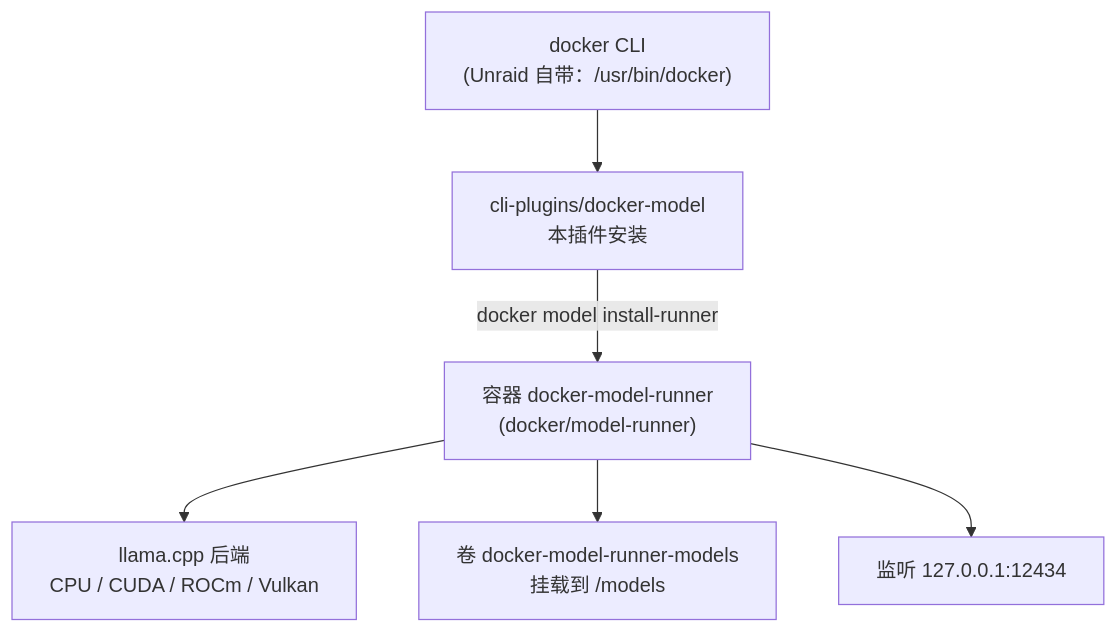
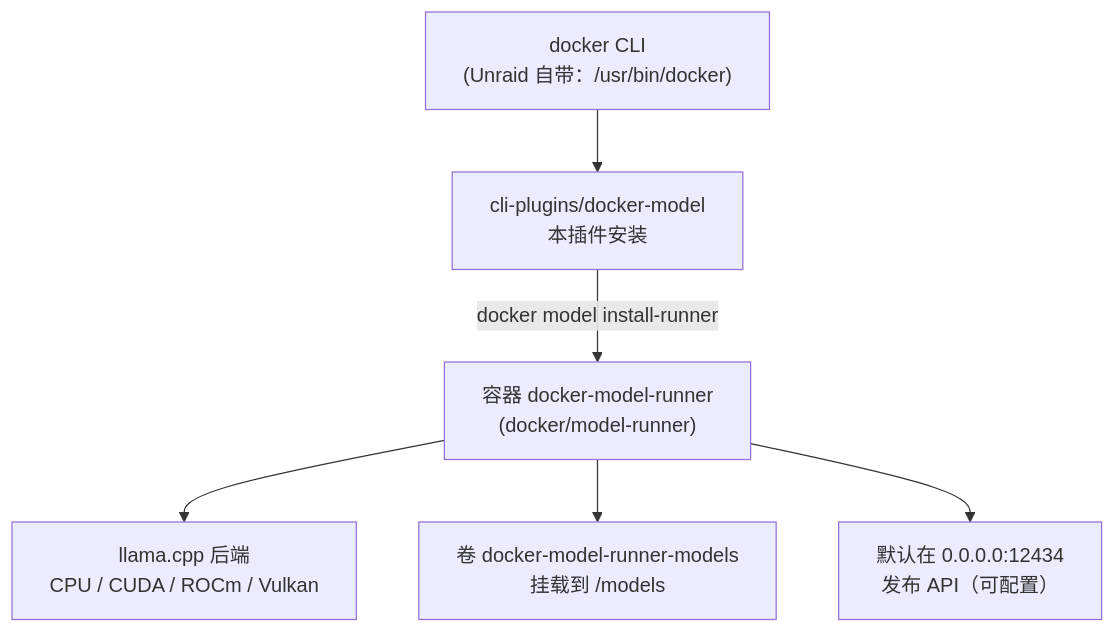
One commit to zhz8888/unraid-plugin-docker-model changed the first of 2 diagrams in README.zh-CN.md. Above: the diagram before and after it, drawn with Mermaid. The commit also changed other lines of this file and 8 other files, not shown here.

````diff
--- a/README.zh-CN.md
+++ b/README.zh-CN.md
@@ -35,16 +35,16 @@
 ```mermaid
 %%{init: {"flowchart": {"wrappingWidth": 400}}}%%
 flowchart TD
   CLI["docker CLI<br/>(Unraid 自带：/usr/bin/docker)"]
   PLUGIN["cli-plugins/docker-model<br/>本插件安装"]
   RUNNER["容器 docker-model-runner<br/>(docker/model-runner)"]
   BACKEND["llama.cpp 后端<br/>CPU / CUDA / ROCm / Vulkan"]
   VOLUME["卷 docker-model-runner-models<br/>挂载到 /models"]
-  PORT["监听 127.0.0.1:12434"]
+  PORT["默认在 0.0.0.0:12434<br/>发布 API（可配置）"]
 
   CLI --> PLUGIN
   PLUGIN -->|"docker model install-runner"| RUNNER
   RUNNER --> BACKEND
   RUNNER --> VOLUME
   RUNNER --> PORT
 ```
````
